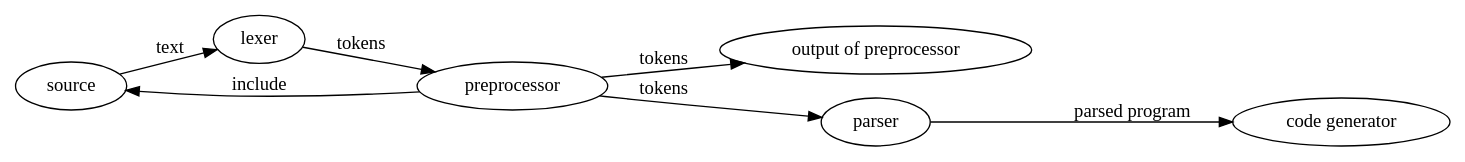
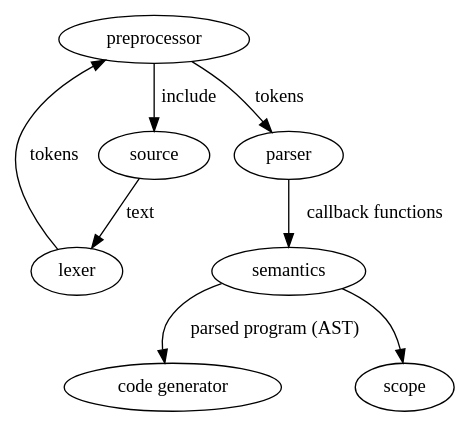
One commit to windelbouwman/ppci changed the diagram in docs/compiler/c.rst. Above: the diagram before and after it, drawn with Graphviz. The commit also changed other lines of this file and 14 other files, not shown here.

```diff
--- a/docs/compiler/c.rst
+++ b/docs/compiler/c.rst
@@ -11,17 +11,12 @@
 .. graphviz::
 
    digraph x {
-   rankdir="LR"
-   10 [label="source"]
-   20 [label="lexer" ]
-   30 [label="preprocessor" ]
-   40 [label="output of preprocessor" ]
-   41 [label="parser" ]
-   50 [label="code generator" ]
-   10 -> 20 [label="text"]
-   20 -> 30 [label="tokens"]
-   30 -> 40 [label="tokens"]
-   30 -> 41 [label="tokens"]
-   30 -> 10 [label="include"]
-   41 -> 50 [label="parsed program"]
+   codegen [label="code generator" ]
+   source -> lexer [label="text"]
+   lexer -> preprocessor [label="tokens"]
+   preprocessor -> parser [label="tokens"]
+   preprocessor -> source [label="include"]
+   parser -> semantics [label="callback functions"]
+   semantics -> scope
+   semantics -> codegen [label="parsed program (AST)"]
    }
```
